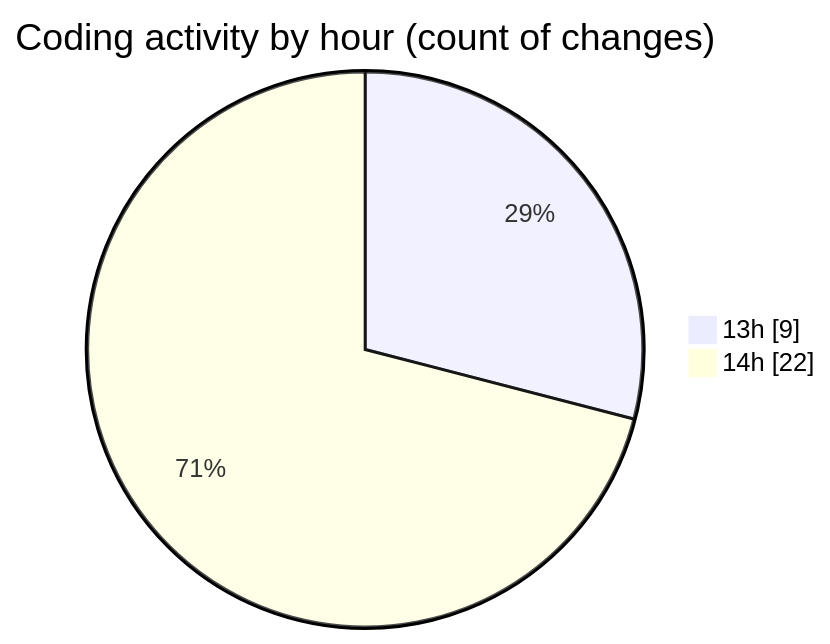
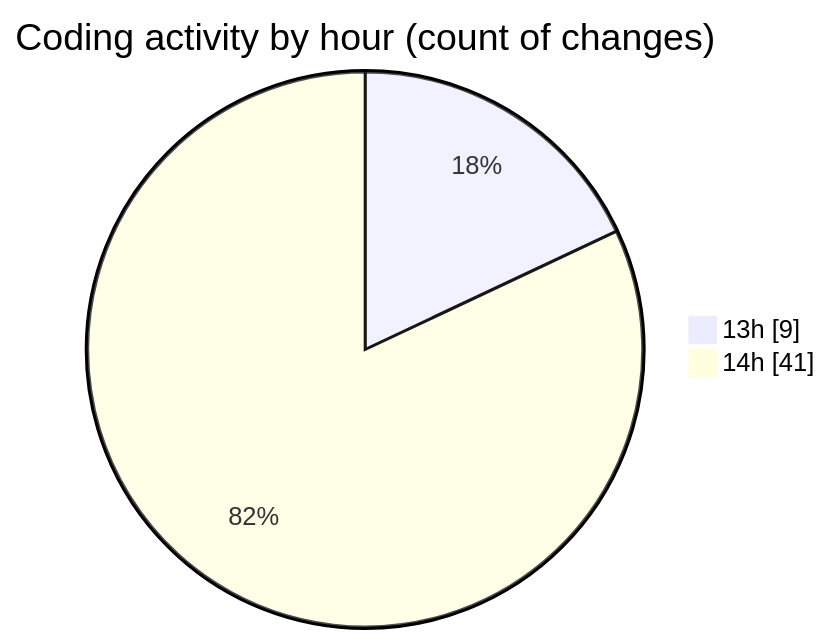
The second of 2 diagrams in 2025-08-18/nextui-dashboard-template/README.md (lephambinh05/code-tracking), drawn with Mermaid before and after one commit. The commit also changed other lines of this file and 1 other file, not shown here.

````diff
--- a/2025-08-18/nextui-dashboard-template/README.md
+++ b/2025-08-18/nextui-dashboard-template/README.md
@@ -36,6 +53,6 @@
 ```mermaid
 pie showData
 title Coding activity by hour (count of changes)
 "13h" : 9
-"14h" : 22
+"14h" : 41
 ```
````
